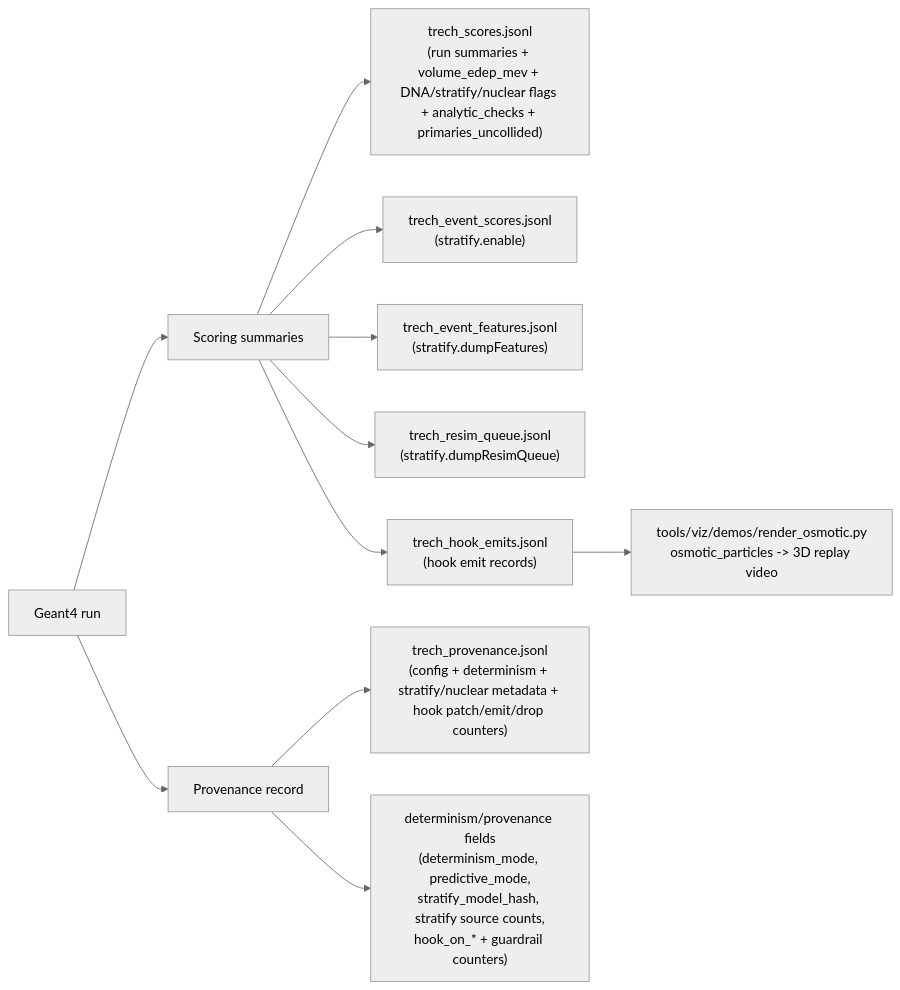
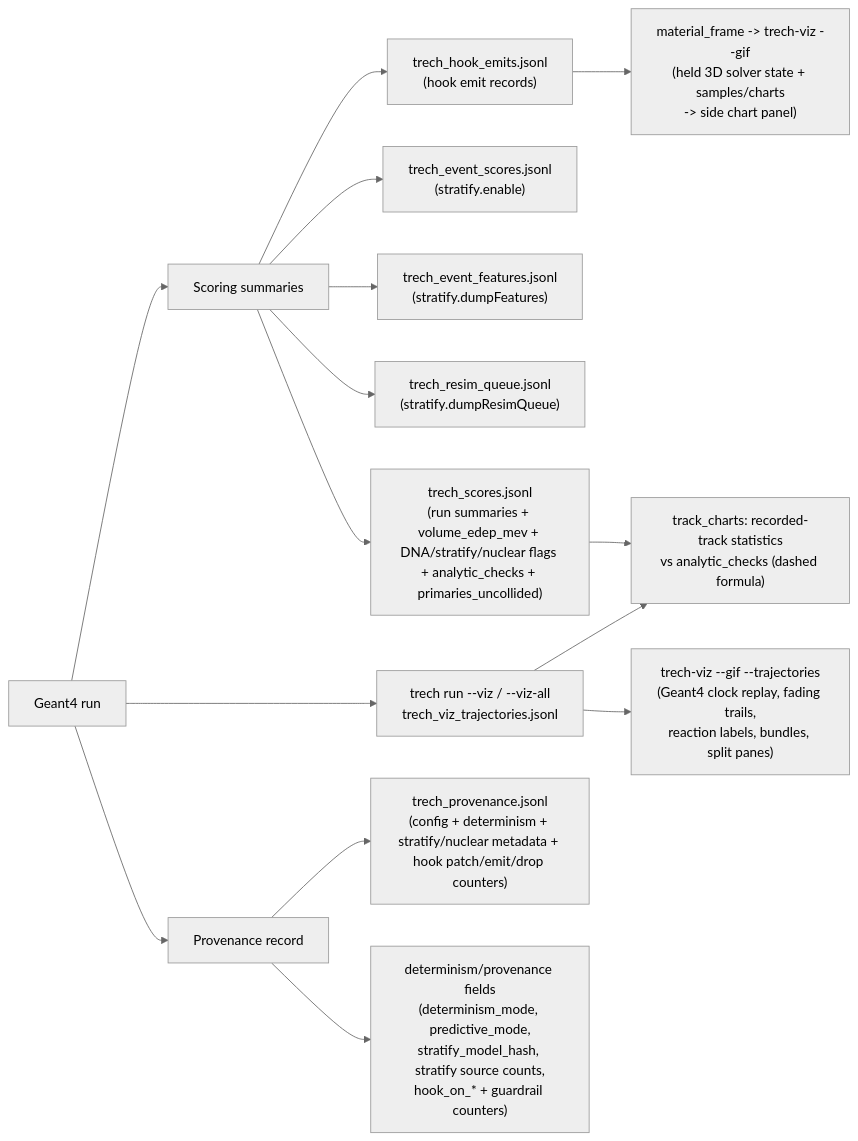
Before and after one commit to Geckos-Ink/trech: diagram 16 of 27 in CHARTS.md, drawn with Mermaid (neutral theme). The commit also changed other lines of this file and 135 other files, not shown here.

First line of the commit message:
Make README animations legible 3D replays with charts

````diff
--- a/CHARTS.md
+++ b/CHARTS.md
@@ -388,13 +393,17 @@
 ```mermaid
 flowchart LR
   RUN["Geant4 run"] --> SCORING["Scoring summaries"]
   RUN --> PROV["Provenance record"]
   SCORING --> S1["trech_scores.jsonl\n(run summaries + volume_edep_mev + DNA/stratify/nuclear flags + analytic_checks + primaries_uncollided)"]
   SCORING --> S2["trech_event_scores.jsonl\n(stratify.enable)"]
   SCORING --> S3["trech_event_features.jsonl\n(stratify.dumpFeatures)"]
   SCORING --> S4["trech_resim_queue.jsonl\n(stratify.dumpResimQueue)"]
   SCORING --> S5["trech_hook_emits.jsonl\n(hook emit records)"]
-  S5 --> V1["tools/viz/demos/render_osmotic.py\nosmotic_particles -> 3D replay video"]
+  S5 --> V1["material_frame -> trech-viz --gif\n(held 3D solver state + samples/charts\n-> side chart panel)"]
+  RUN --> VZ["trech run --viz / --viz-all\ntrech_viz_trajectories.jsonl"]
+  VZ --> V2["trech-viz --gif --trajectories\n(Geant4 clock replay, fading trails,\nreaction labels, bundles, split panes)"]
+  VZ --> V3["track_charts: recorded-track statistics\nvs analytic_checks (dashed formula)"]
+  S1 --> V3
   PROV --> P1["trech_provenance.jsonl\n(config + determinism + stratify/nuclear metadata + hook patch/emit/drop counters)"]
   PROV --> P2["determinism/provenance fields\n(determinism_mode, predictive_mode,\nstratify_model_hash, stratify source counts,\nhook_on_* + guardrail counters)"]
 ```
````
